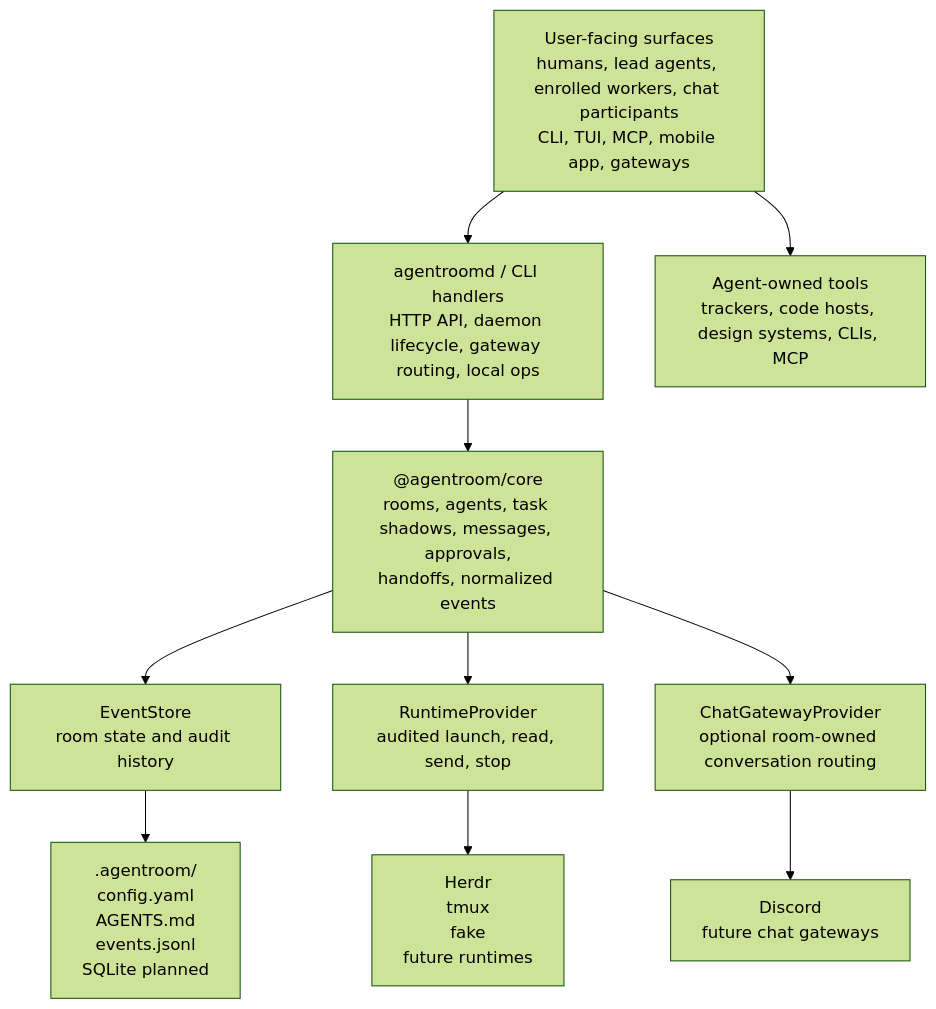
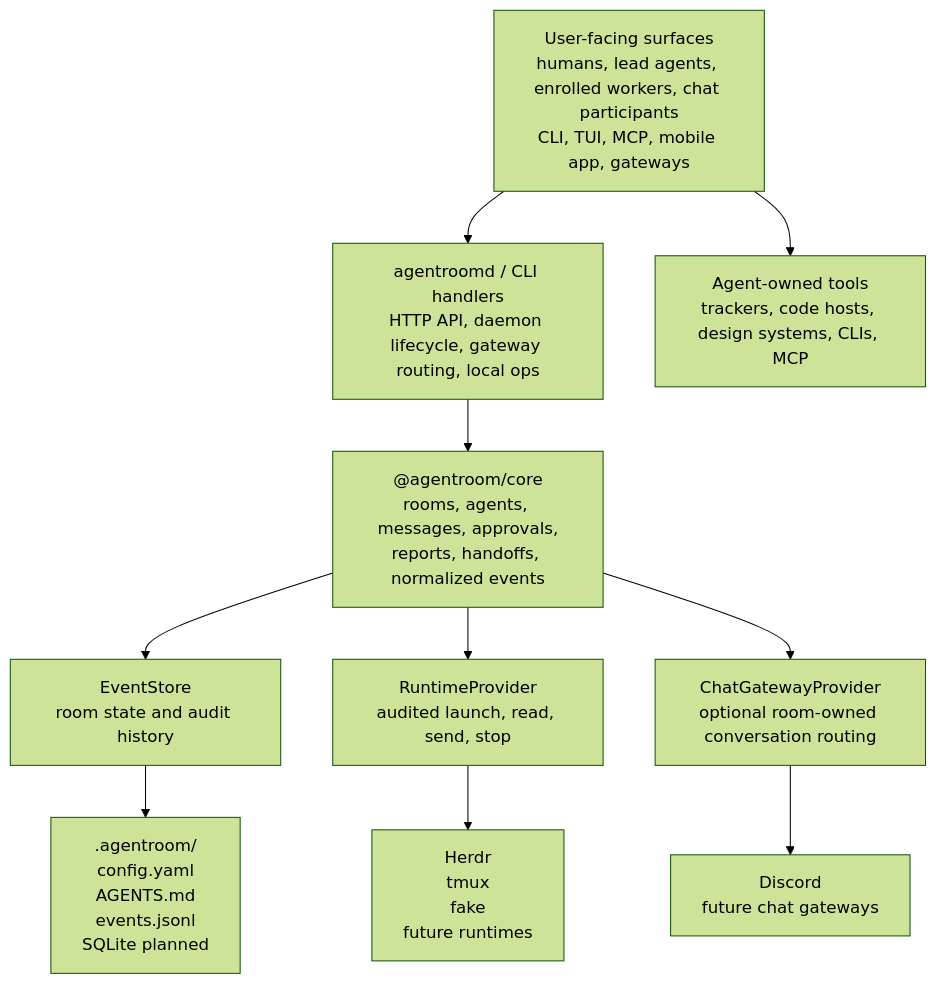
The third of 3 diagrams in docs/DIAGRAM.md (Volpestyle/agent-room), drawn with Mermaid (forest theme) before and after one commit. The commit also changed other lines of this file and 41 other files, not shown here.

````diff
--- a/docs/DIAGRAM.md
+++ b/docs/DIAGRAM.md
@@ -55,23 +55,23 @@
 ```mermaid
 flowchart TB
   surfaces["User-facing surfaces<br/>humans, lead agents, enrolled workers, chat participants<br/>CLI, TUI, MCP, mobile app, gateways"]
   daemon["agentroomd / CLI handlers<br/>HTTP API, daemon lifecycle, gateway routing, local ops"]
-  core["@agentroom/core<br/>rooms, agents, task shadows, messages, approvals,<br/>handoffs, normalized events"]
+  core["@agentroom/core<br/>rooms, agents, messages, approvals,<br/>reports, handoffs, normalized events"]
   store["EventStore<br/>room state and audit history"]
   runtime["RuntimeProvider<br/>audited launch, read, send, stop"]
   gateways["ChatGatewayProvider<br/>optional room-owned conversation routing"]
   external["Agent-owned tools<br/>trackers, code hosts, design systems, CLIs, MCP"]
   local[".agentroom/<br/>config.yaml<br/>AGENTS.md<br/>events.jsonl<br/>SQLite planned"]
   runtimes["Herdr<br/>tmux<br/>fake<br/>future runtimes"]
   chatAdapters["Discord<br/>future chat gateways"]
 
   surfaces --> daemon
   daemon --> core
   core --> store
   core --> runtime
   core --> gateways
   store --> local
   runtime --> runtimes
   gateways --> chatAdapters
   surfaces --> external
 ```
````
